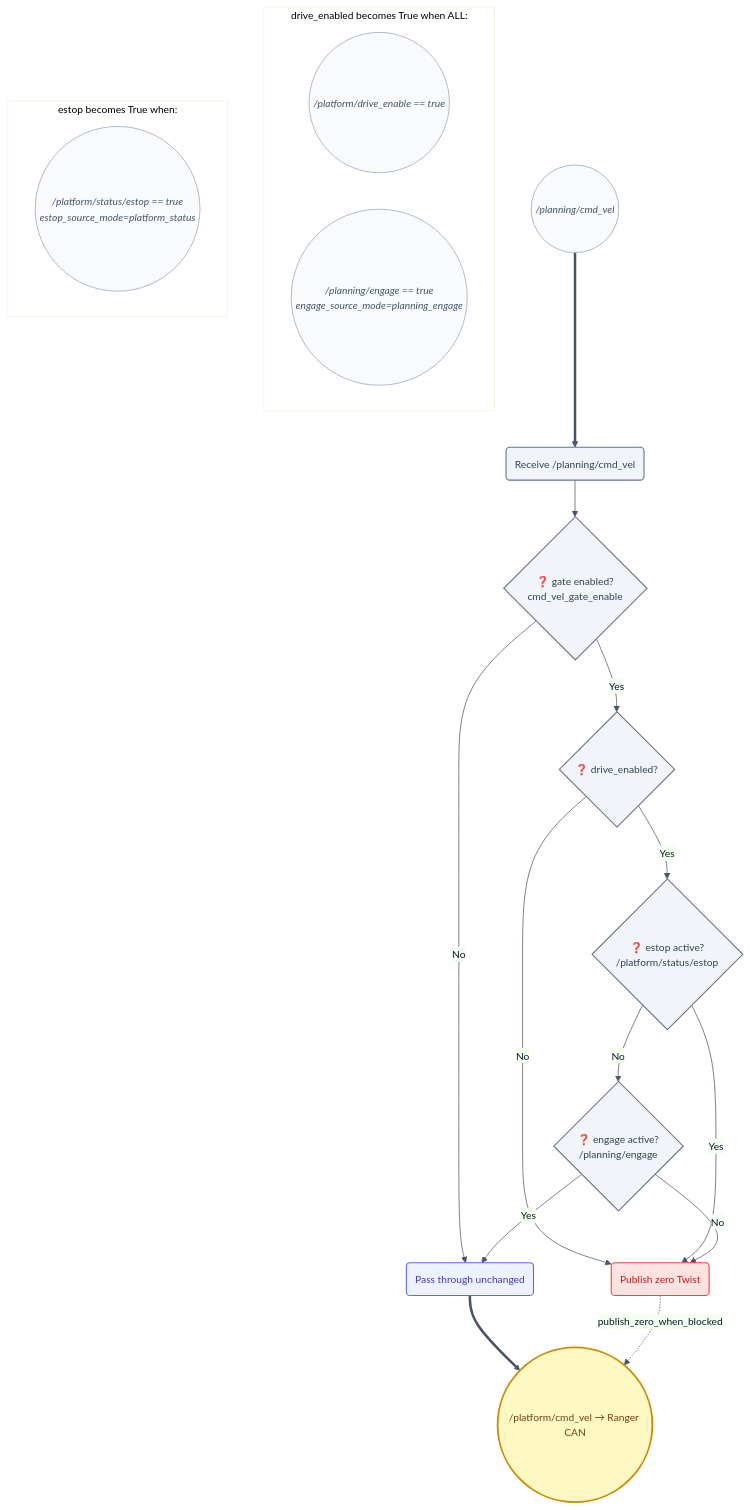
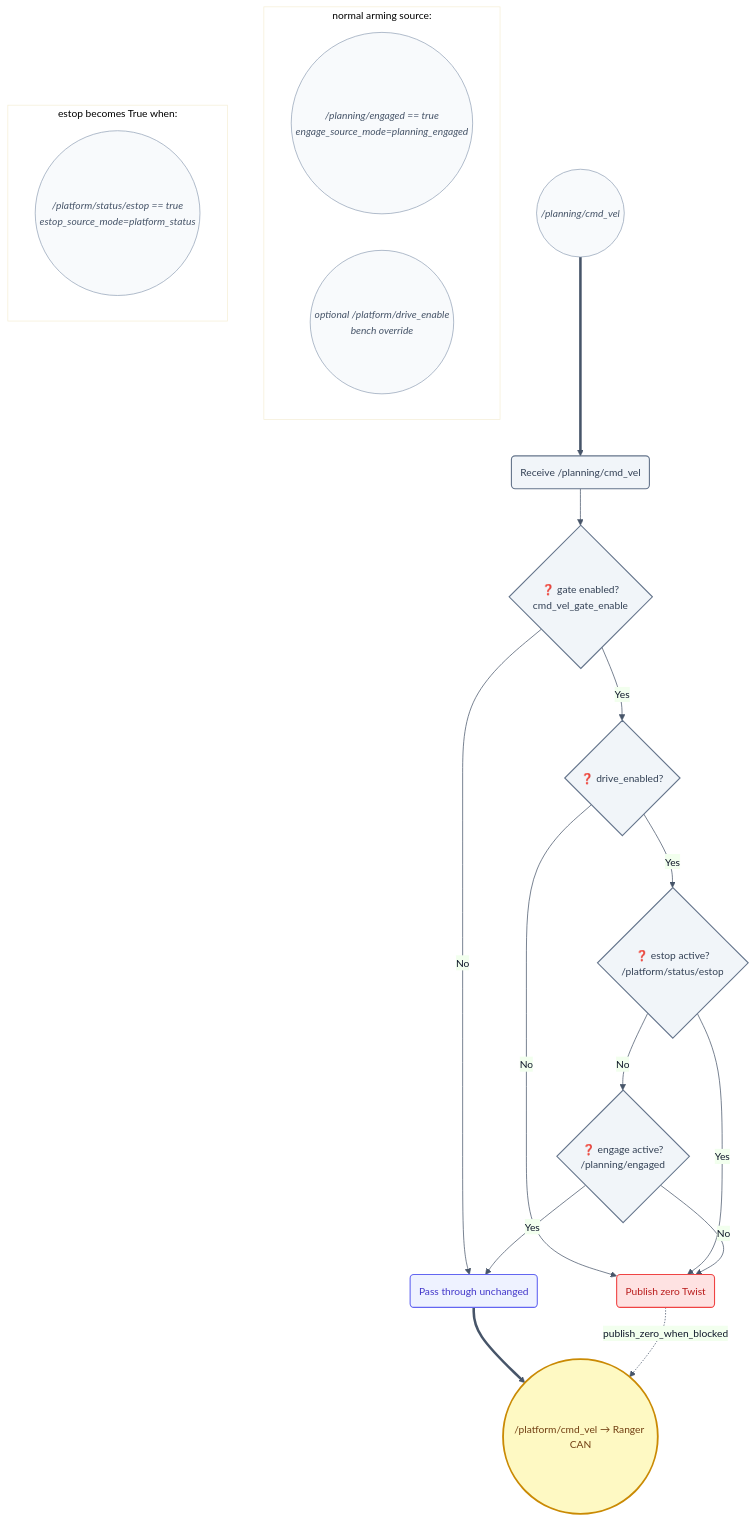
The third of 3 diagrams in camrod_platform/README.md (hwanhonglee/CAMROD), drawn with Mermaid before and after one commit. The commit also changed other lines of this file and 2 other files, not shown here.

````diff
--- a/camrod_platform/README.md
+++ b/camrod_platform/README.md
@@ -197,38 +197,38 @@
 ```mermaid
 %%{init: {'theme': 'base', 'themeVariables': {'fontFamily': 'ui-sans-serif, system-ui, sans-serif', 'fontSize': '14px', 'primaryColor': '#EEF2FF', 'primaryTextColor': '#0F172A', 'primaryBorderColor': '#6366F1', 'lineColor': '#475569'}, 'flowchart': {'curve': 'basis', 'htmlLabels': true, 'padding': 12}}}%%
 flowchart TD
   classDef platform     fill:#FEE2E2,stroke:#EF4444,stroke-width:1.5px,color:#B91C1C;
   classDef planning     fill:#EEF2FF,stroke:#6366F1,stroke-width:1.5px,color:#4338CA;
   classDef system       fill:#F1F5F9,stroke:#64748B,stroke-width:1.5px,color:#334155;
   classDef highlight    fill:#FEF9C3,stroke:#CA8A04,stroke-width:2.5px,color:#713F12;
   classDef topic        fill:#F8FAFC,stroke:#94A3B8,stroke-width:1px,color:#475569,font-style:italic;
 
   IN((/planning/cmd_vel)) ==> A
   A(Receive /planning/cmd_vel) --> B{❓ gate enabled?\ncmd_vel_gate_enable}
   B -- No --> Z(Pass through unchanged)
   B -- Yes --> C{❓ drive_enabled?}
   C -- No --> ZERO(Publish zero Twist)
   C -- Yes --> D{❓ estop active?\n/platform/status/estop}
   D -- Yes --> ZERO
-  D -- No --> E{❓ engage active?\n/planning/engage}
+  D -- No --> E{❓ engage active?\n/planning/engaged}
   E -- No --> ZERO
   E -- Yes --> Z
 
   Z ==> OUT((/platform/cmd_vel → Ranger CAN))
   ZERO -.->|publish_zero_when_blocked| OUT
 
-  subgraph ARMING [drive_enabled becomes True when ALL:]
-    E1((/platform/drive_enable == true))
-    E2((/planning/engage == true\nengage_source_mode=planning_engage))
+  subgraph ARMING [normal arming source:]
+    E2((/planning/engaged == true\nengage_source_mode=planning_engaged))
+    E1((optional /platform/drive_enable\nbench override))
   end
 
   subgraph ESTOP_SG [estop becomes True when:]
     F1((/platform/status/estop == true\nestop_source_mode=platform_status))
   end
 
   class A,B,C,D,E system
   class Z planning
   class ZERO platform
   class OUT highlight
   class IN,E1,E2,F1 topic
 ```
````
